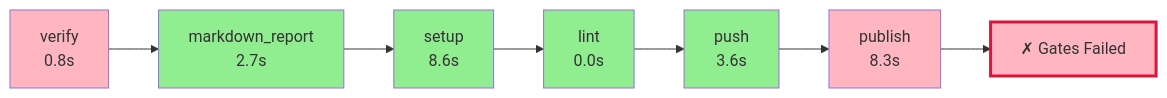
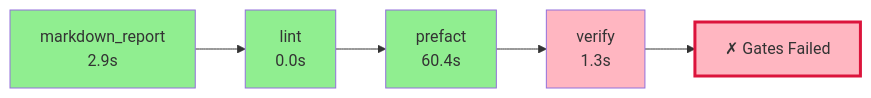
The diagram in .pyqual/report.md (wronai/fixos), drawn with Mermaid before and after one commit. The commit also changed other lines of this file and 7 other files, not shown here.

````diff
--- a/.pyqual/report.md
+++ b/.pyqual/report.md
@@ -10,23 +10,17 @@
 ```mermaid
 flowchart LR
-    S0["verify<br/>0.8s"]
-    style S0 fill:#FFB6C1
-    S1["markdown_report<br/>2.7s"]
+    S0["markdown_report<br/>2.9s"]
+    style S0 fill:#90EE90
+    S1["lint<br/>0.0s"]
     style S1 fill:#90EE90
     S0 --> S1
-    S2["setup<br/>8.6s"]
+    S2["prefact<br/>60.4s"]
     style S2 fill:#90EE90
     S1 --> S2
-    S3["lint<br/>0.0s"]
-    style S3 fill:#90EE90
+    S3["verify<br/>1.3s"]
+    style S3 fill:#FFB6C1
     S2 --> S3
-    S4["push<br/>3.6s"]
-    style S4 fill:#90EE90
-    S3 --> S4
-    S5["publish<br/>8.3s"]
-    style S5 fill:#FFB6C1
-    S4 --> S5
     G["✗ Gates Failed"]
     style G fill:#FFB6C1,stroke:#DC143C,stroke-width:3px
-    S5 --> G
+    S3 --> G
 ```
````
